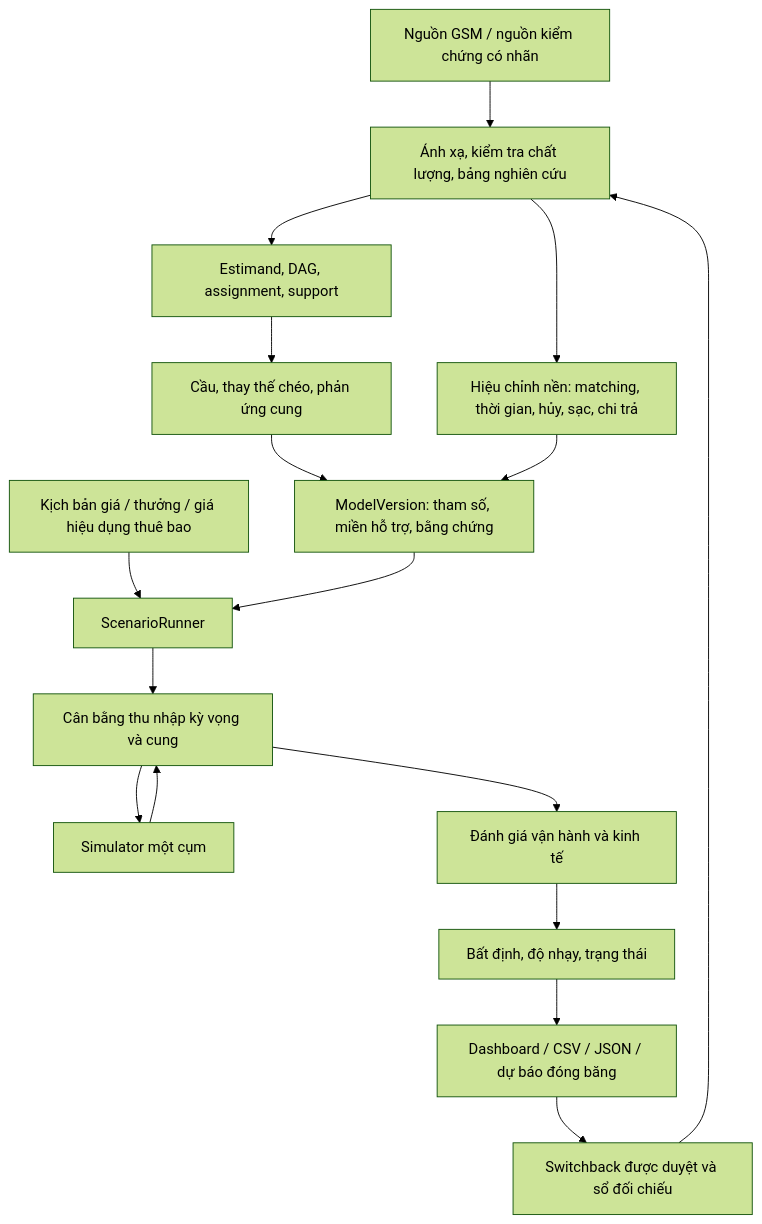
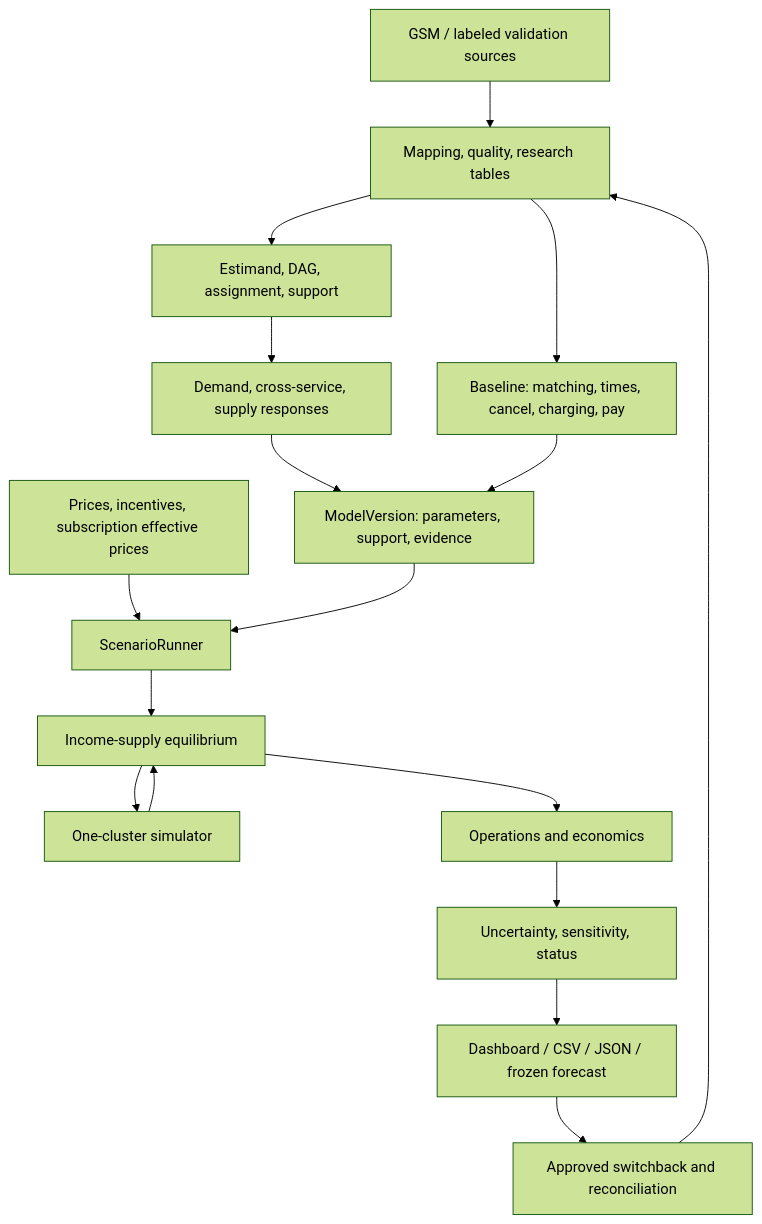
One commit to Muscar1a/gsm-ride-hailing changed the diagram in docs/general/CORE_ENGINE_DESIGN.md. Above: the diagram before and after it, drawn with Mermaid (forest theme). The commit also changed other lines of this file and 6 other files, not shown here.

````diff
--- a/docs/general/CORE_ENGINE_DESIGN.md
+++ b/docs/general/CORE_ENGINE_DESIGN.md
@@ -33,19 +46,19 @@
 ```mermaid
 flowchart TD
-    Sources["Nguồn GSM / nguồn kiểm chứng có nhãn"] --> Data["Ánh xạ, kiểm tra chất lượng, bảng nghiên cứu"]
+    Sources["GSM / labeled validation sources"] --> Data["Mapping, quality, research tables"]
     Data --> Identification["Estimand, DAG, assignment, support"]
-    Identification --> Responses["Cầu, thay thế chéo, phản ứng cung"]
-    Data --> Calibration["Hiệu chỉnh nền: matching, thời gian, hủy, sạc, chi trả"]
-    Responses --> Version["ModelVersion: tham số, miền hỗ trợ, bằng chứng"]
+    Identification --> Responses["Demand, cross-service, supply responses"]
+    Data --> Calibration["Baseline: matching, times, cancel, charging, pay"]
+    Responses --> Version["ModelVersion: parameters, support, evidence"]
     Calibration --> Version
-    Policy["Kịch bản giá / thưởng / giá hiệu dụng thuê bao"] --> Runner["ScenarioRunner"]
+    Policy["Prices, incentives, subscription effective prices"] --> Runner["ScenarioRunner"]
     Version --> Runner
-    Runner --> Solver["Cân bằng thu nhập kỳ vọng và cung"]
-    Solver --> Simulator["Simulator một cụm"]
+    Runner --> Solver["Income-supply equilibrium"]
+    Solver --> Simulator["One-cluster simulator"]
     Simulator --> Solver
-    Solver --> Economics["Đánh giá vận hành và kinh tế"]
-    Economics --> Uncertainty["Bất định, độ nhạy, trạng thái"]
-    Uncertainty --> Output["Dashboard / CSV / JSON / dự báo đóng băng"]
-    Output --> Experiment["Switchback được duyệt và sổ đối chiếu"]
+    Solver --> Economics["Operations and economics"]
+    Economics --> Uncertainty["Uncertainty, sensitivity, status"]
+    Uncertainty --> Output["Dashboard / CSV / JSON / frozen forecast"]
+    Output --> Experiment["Approved switchback and reconciliation"]
     Experiment --> Data
 ```
````
